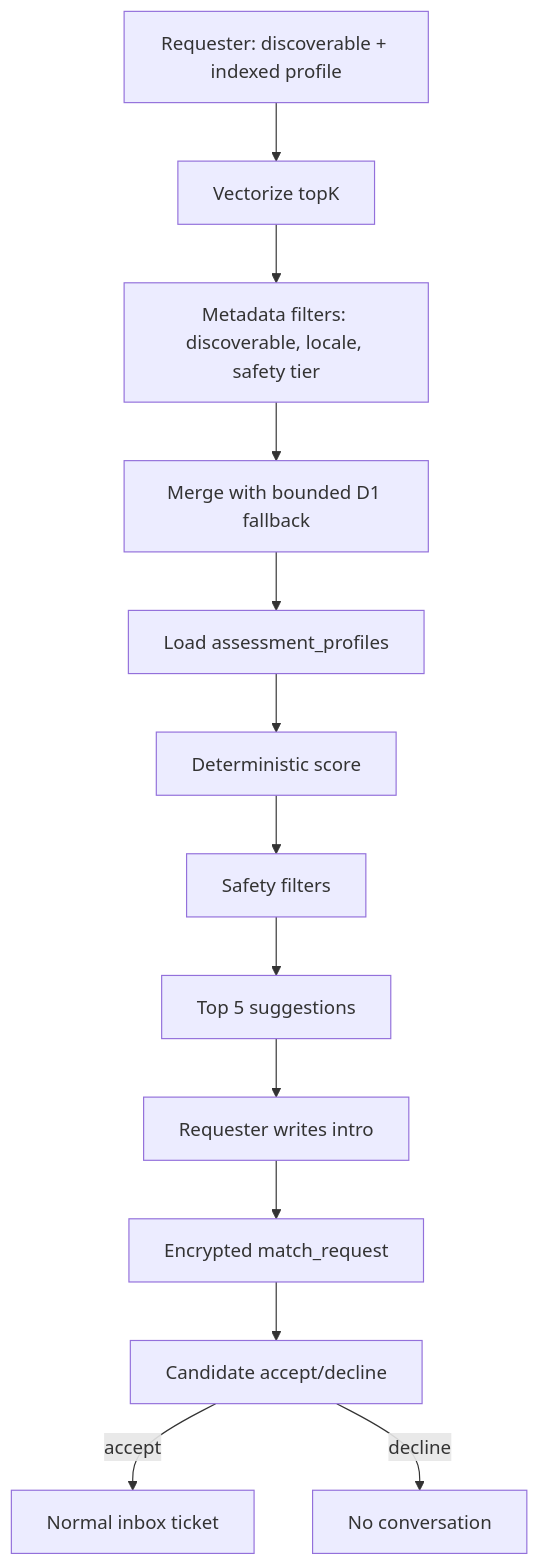
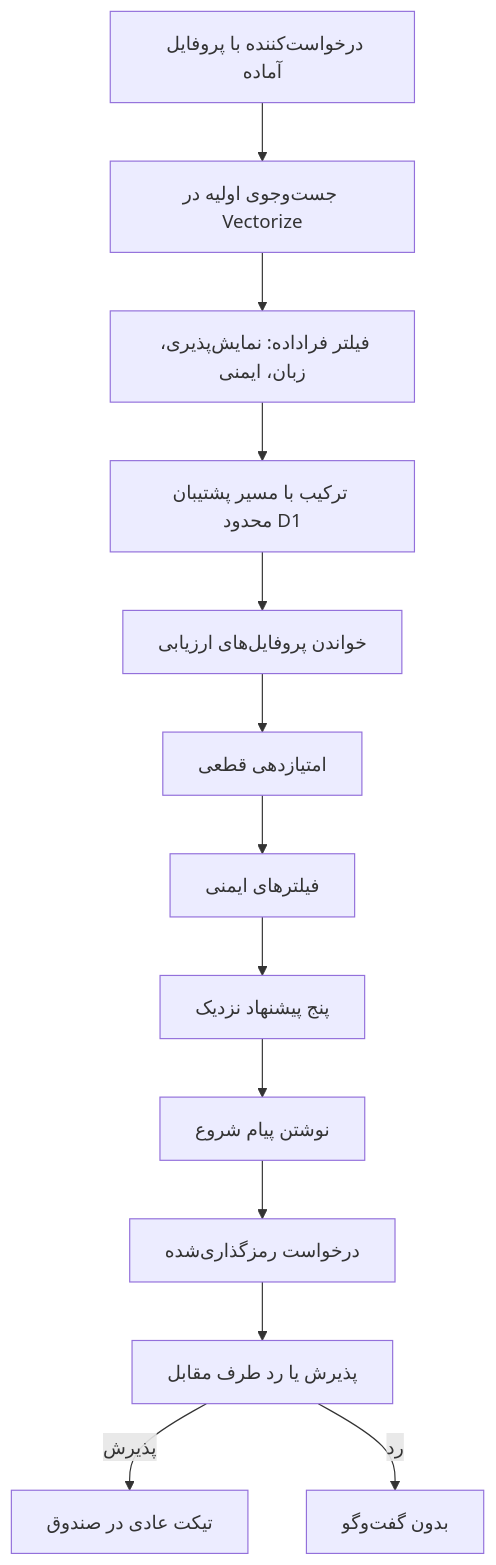
The seventh of 8 diagrams in content/fa/lab/anonymous-messaging-on-the-edge.md (mohetios/mohetios.dev), drawn with Mermaid before and after one commit. The commit also changed other lines of this file and 1 other file, not shown here.

````diff
--- a/content/fa/lab/anonymous-messaging-on-the-edge.md
+++ b/content/fa/lab/anonymous-messaging-on-the-edge.md
@@ -552,15 +552,15 @@
 ```mermaid
 flowchart TD
-  A[Requester: discoverable + indexed profile] --> B[Vectorize topK]
-  B --> C[Metadata filters: discoverable, locale, safety tier]
-  C --> D[Merge with bounded D1 fallback]
-  D --> E[Load assessment_profiles]
-  E --> F[Deterministic score]
-  F --> G[Safety filters]
-  G --> H[Top 5 suggestions]
-  H --> I[Requester writes intro]
-  I --> J[Encrypted match_request]
-  J --> K[Candidate accept/decline]
-  K -->|accept| L[Normal inbox ticket]
-  K -->|decline| M[No conversation]
+  A[درخواست‌کننده با پروفایل آماده] --> B[جست‌وجوی اولیه در Vectorize]
+  B --> C[فیلتر فراداده: نمایش‌پذیری، زبان، ایمنی]
+  C --> D[ترکیب با مسیر پشتیبان محدود D1]
+  D --> E[خواندن پروفایل‌های ارزیابی]
+  E --> F[امتیازدهی قطعی]
+  F --> G[فیلترهای ایمنی]
+  G --> H[پنج پیشنهاد نزدیک]
+  H --> I[نوشتن پیام شروع]
+  I --> J[درخواست رمزگذاری‌شده]
+  J --> K[پذیرش یا رد طرف مقابل]
+  K -->|پذیرش| L[تیکت عادی در صندوق]
+  K -->|رد| M[بدون گفت‌وگو]
 ```
````
